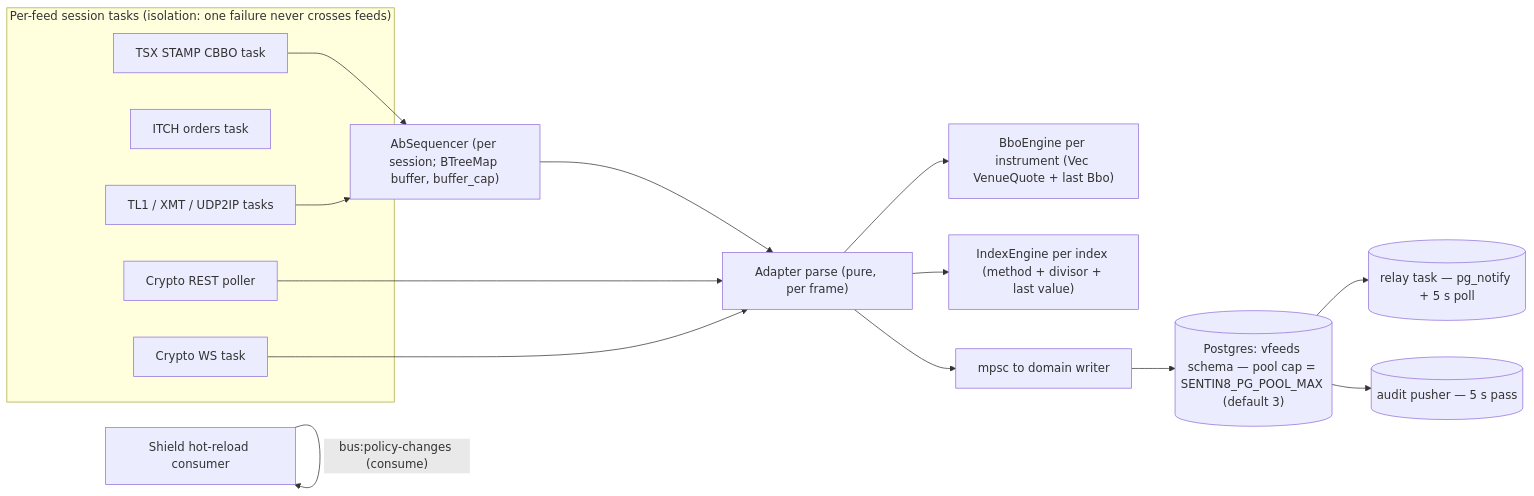
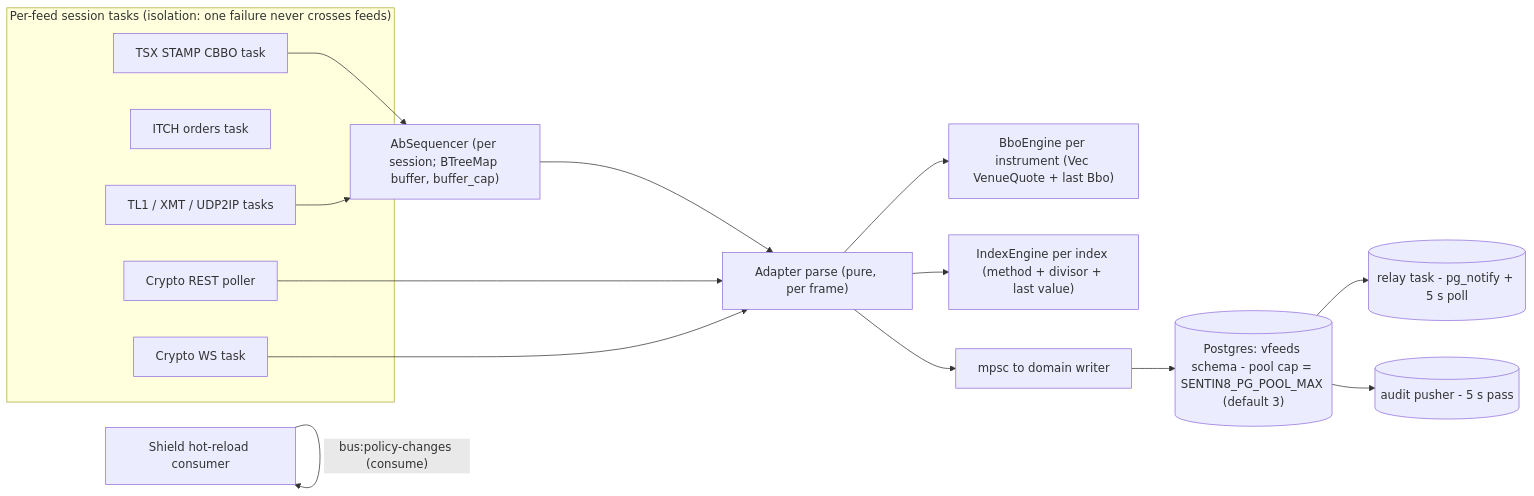
Diagram 12 of 13 in DESIGN.md (Exchange8-dev/exchange8-vfeeds), drawn with Mermaid before and after one commit. The commit also changed other lines of this file and 19 other files, not shown here.

````diff
--- a/DESIGN.md
+++ b/DESIGN.md
@@ -548,30 +548,30 @@
 ```mermaid
 graph LR
     subgraph FEEDS["Per-feed session tasks (isolation: one failure never crosses feeds)"]
         T1["TSX STAMP CBBO task"]
         T2["ITCH orders task"]
         T3["TL1 / XMT / UDP2IP tasks"]
         T4["Crypto REST poller"]
         T5["Crypto WS task"]
     end
     SEQ["AbSequencer (per session; BTreeMap buffer, buffer_cap)"]
     ADPT["Adapter parse (pure, per frame)"]
     BBO["BboEngine per instrument (Vec VenueQuote + last Bbo)"]
     IDX["IndexEngine per index (method + divisor + last value)"]
     CH["mpsc to domain writer"]
-    PG[("Postgres: vfeeds schema — pool cap = SENTIN8_PG_POOL_MAX (default 3)")]
-    RELAY[("relay task — pg_notify + 5 s poll")]
-    PUSH[("audit pusher — 5 s pass")]
+    PG[("Postgres: vfeeds schema - pool cap = SENTIN8_PG_POOL_MAX (default 3)")]
+    RELAY[("relay task - pg_notify + 5 s poll")]
+    PUSH[("audit pusher - 5 s pass")]
     HOT["Shield hot-reload consumer"]
 
     T1 --> SEQ --> ADPT --> CH
     T3 --> SEQ
     T4 --> ADPT
     T5 --> ADPT
     ADPT --> BBO
     ADPT --> IDX
     CH --> PG
     PG --> RELAY
     PG --> PUSH
     HOT -- "bus:policy-changes (consume)" --> HOT
 ```
````
